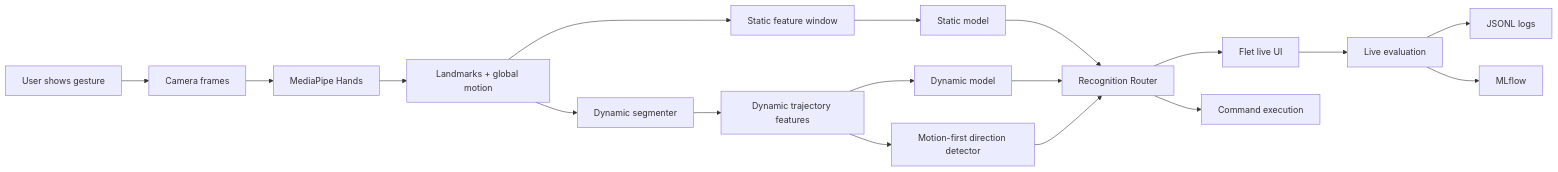
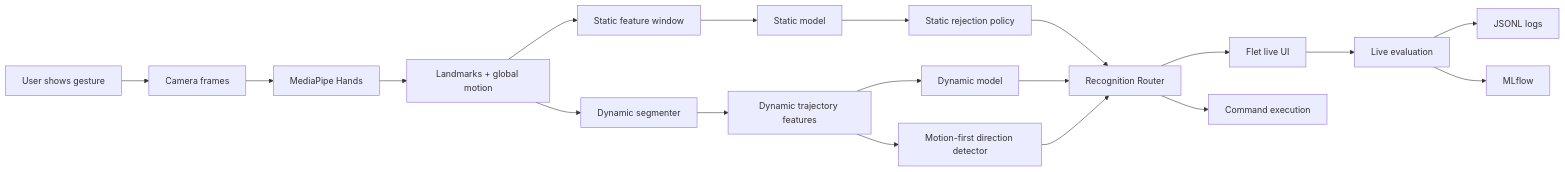
The first of 3 diagrams in docs/contest/ML_SYSTEM_DESIGN.md (Rafaildavar/DPLM), drawn with Mermaid before and after one commit. The commit also changed other lines of this file and 18 other files, not shown here.

Commit message:
Add static negative rejection pipeline

````diff
--- a/docs/contest/ML_SYSTEM_DESIGN.md
+++ b/docs/contest/ML_SYSTEM_DESIGN.md
@@ -52,20 +52,21 @@
 ```mermaid
 flowchart LR
     U["User shows gesture"] --> C["Camera frames"]
     C --> MP["MediaPipe Hands"]
     MP --> LM["Landmarks + global motion"]
     LM --> SEG["Dynamic segmenter"]
     LM --> STATIC["Static feature window"]
     SEG --> DYNFEAT["Dynamic trajectory features"]
     STATIC --> SM["Static model"]
+    SM --> REJECT["Static rejection policy"]
     DYNFEAT --> DM["Dynamic model"]
     DYNFEAT --> MOTION["Motion-first direction detector"]
-    SM --> ROUTER["Recognition Router"]
+    REJECT --> ROUTER["Recognition Router"]
     DM --> ROUTER
     MOTION --> ROUTER
     ROUTER --> UI["Flet live UI"]
     UI --> EVAL["Live evaluation"]
     EVAL --> JSONL["JSONL logs"]
     EVAL --> MLFLOW["MLflow"]
     ROUTER --> CMD["Command execution"]
 ```
````
